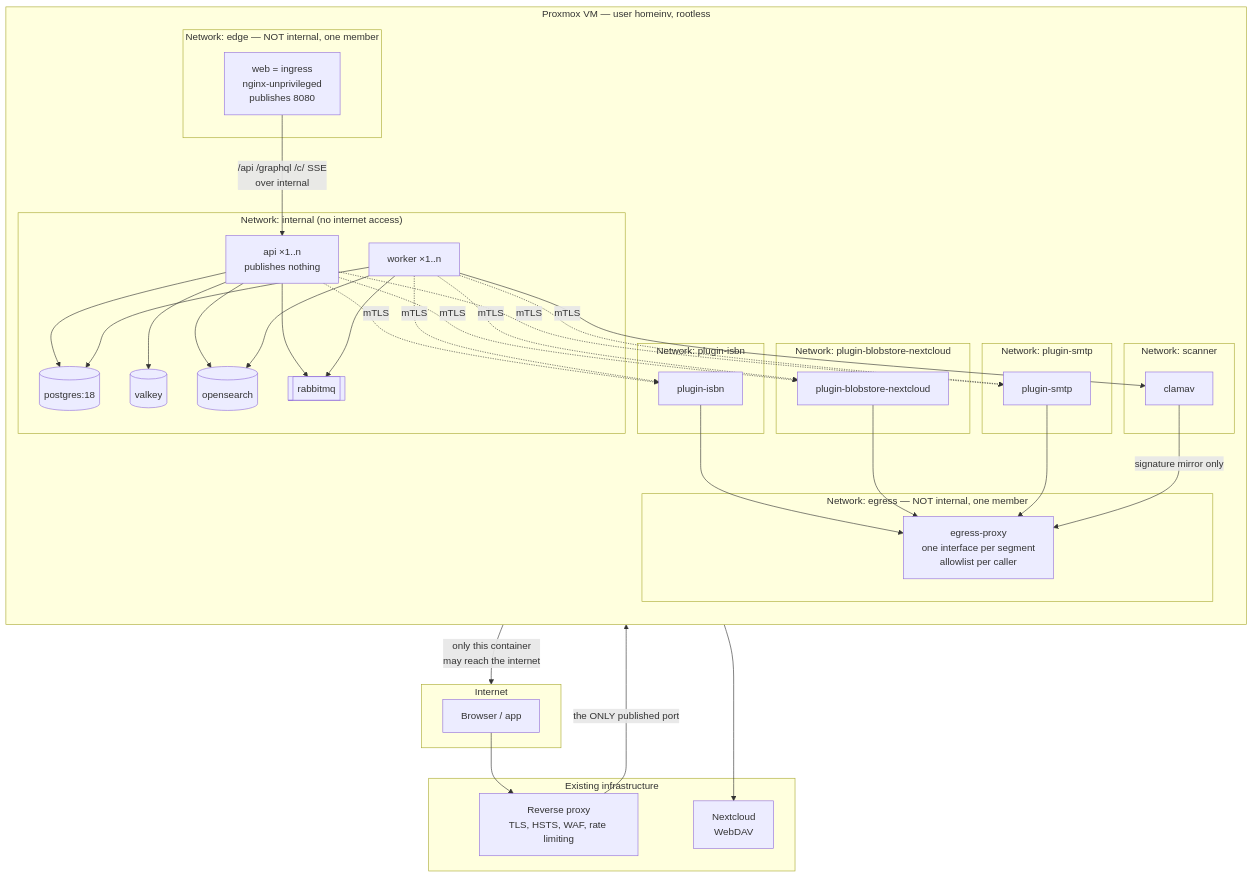
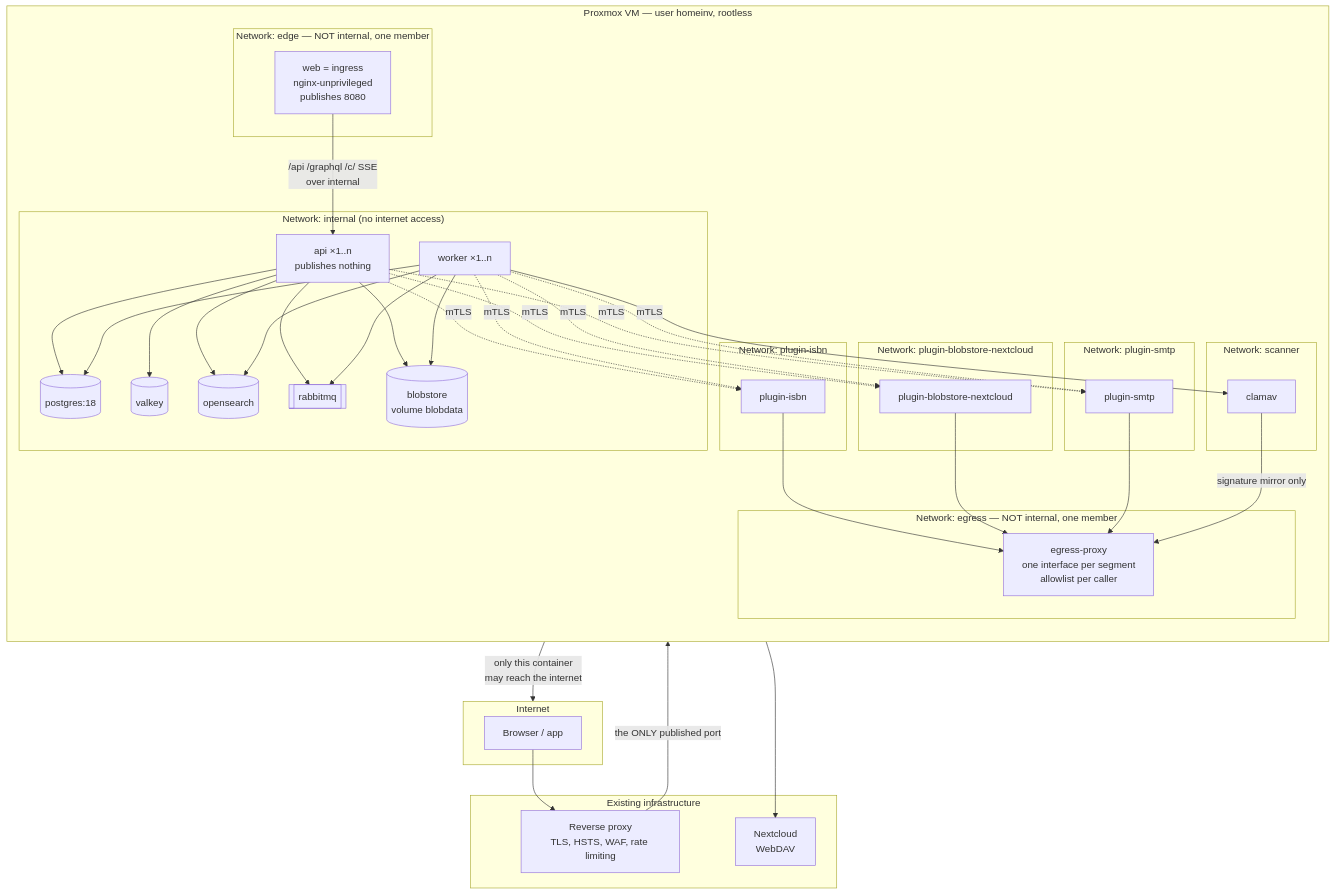
One commit to greluc/Home-Inventory changed the second of 2 diagrams in docs/architecture/06-deployment-view.md. Above: the diagram before and after it, drawn with Mermaid. The commit also changed other lines of this file and 32 other files, not shown here.

````diff
--- a/docs/architecture/06-deployment-view.md
+++ b/docs/architecture/06-deployment-view.md
@@ -515,50 +555,51 @@
 ```mermaid
 graph TB
     subgraph Internet
         BR["Browser / app"]
     end
     subgraph "Existing infrastructure"
         RP["Reverse proxy<br/>TLS, HSTS, WAF, rate limiting"]
         NC["Nextcloud<br/>WebDAV"]
     end
     subgraph VM["Proxmox VM — user homeinv, rootless"]
         direction TB
         subgraph netEdge["Network: edge — NOT internal, one member"]
             WEB["web = ingress<br/>nginx-unprivileged<br/>publishes 8080"]
         end
         subgraph netInt["Network: internal (no internet access)"]
             APP["api ×1..n<br/>publishes nothing"]
             WRK["worker ×1..n"]
             PG[("postgres:18")]
             OS[("opensearch")]
             MQ[["rabbitmq"]]
             KV[("valkey")]
+            BS[("blobstore<br/>volume blobdata")]
         end
         subgraph netScan["Network: scanner"]
             CAV["clamav"]
         end
         subgraph netP1["Network: plugin-isbn"]
             PH1["plugin-isbn"]
         end
         subgraph netP2["Network: plugin-blobstore-nextcloud"]
             PH2["plugin-blobstore-nextcloud"]
         end
         subgraph netP3["Network: plugin-smtp"]
             PH3["plugin-smtp"]
         end
         subgraph netEgr["Network: egress — NOT internal, one member"]
             EGP["egress-proxy<br/>one interface per segment<br/>allowlist per caller"]
         end
     end
     BR --> RP
     RP -->|"the ONLY published port"| WEB
     WEB -->|"/api /graphql /c/ SSE<br/>over internal"| APP
-    APP --> PG & KV & OS & MQ
-    WRK --> PG & OS & MQ & CAV
+    APP --> PG & KV & OS & MQ & BS
+    WRK --> PG & OS & MQ & CAV & BS
     APP -.->|mTLS| PH1 & PH2 & PH3
     WRK -.->|mTLS| PH1 & PH2 & PH3
     PH1 & PH2 & PH3 --> EGP
     CAV -->|signature mirror only| EGP
     EGP -->|only this container<br/>may reach the internet| Internet
     EGP --> NC
 ```
````
